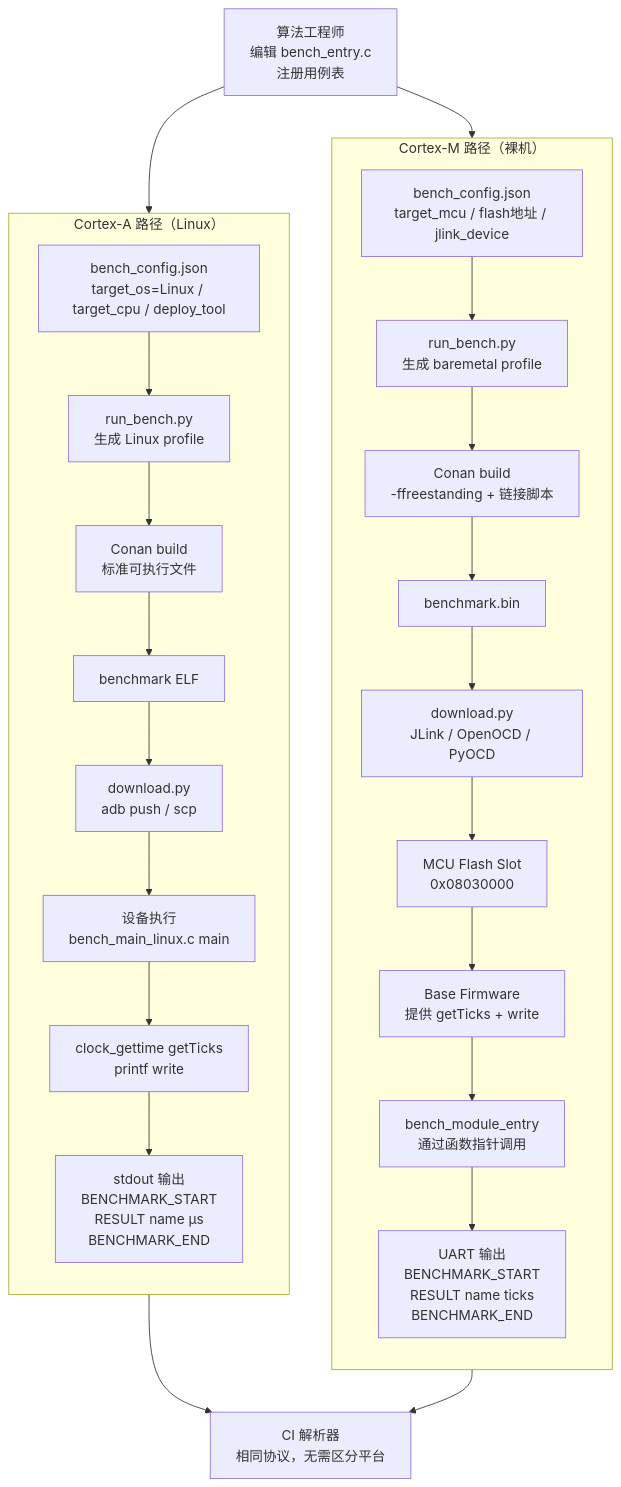
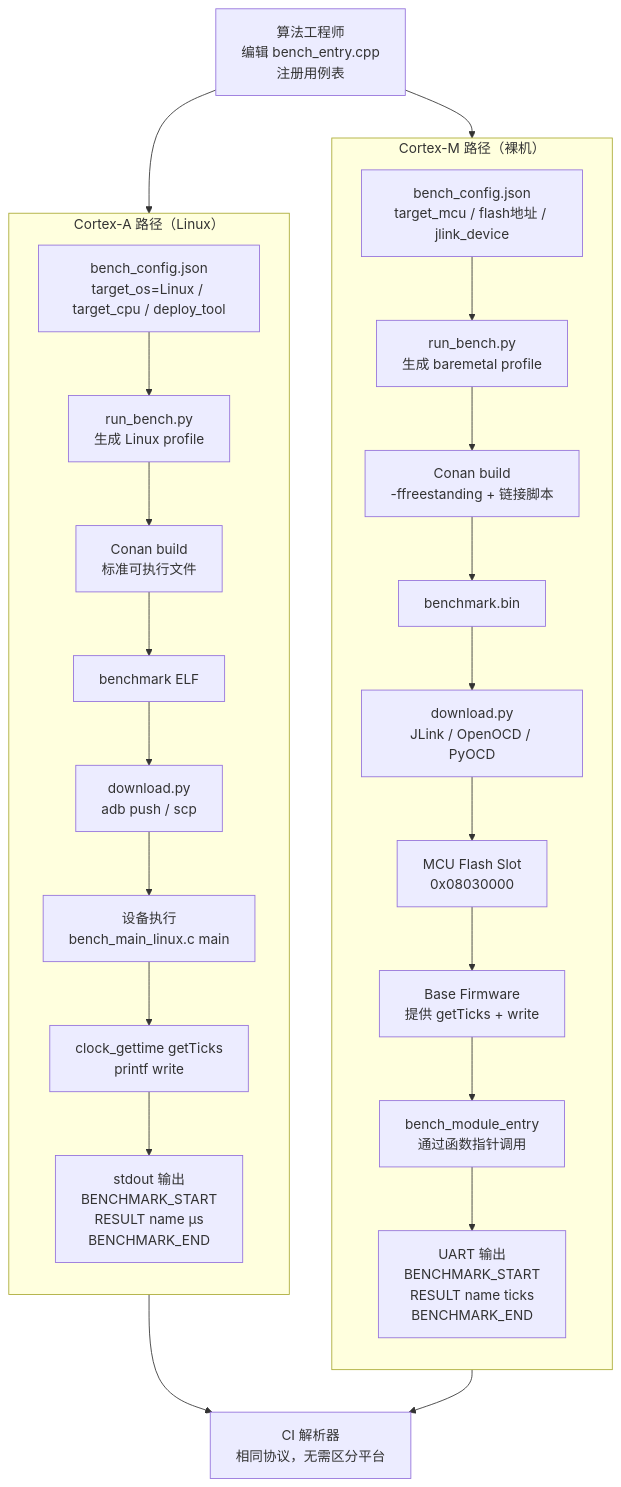
One commit to zc0718/foc changed the diagram in benchmark/README.md. Above: the diagram before and after it, drawn with Mermaid. The commit also changed other lines of this file and 1 other file, not shown here.

````diff
--- a/benchmark/README.md
+++ b/benchmark/README.md
@@ -509,31 +552,31 @@
 ```mermaid
 flowchart TD
-    E[算法工程师\n编辑 bench_entry.c\n注册用例表] --> CM
+    E[算法工程师\n编辑 bench_entry.cpp\n注册用例表] --> CM
     E --> LA
 
     subgraph CM["Cortex-M 路径（裸机）"]
         direction TB
         CM1[bench_config.json\ntarget_mcu / flash地址 / jlink_device] --> CM2
         CM2[run_bench.py\n生成 baremetal profile] --> CM3[Conan build\n-ffreestanding + 链接脚本]
         CM3 --> CM4[benchmark.bin]
         CM4 --> CM5[download.py\nJLink / OpenOCD / PyOCD]
         CM5 --> CM6[MCU Flash Slot\n0x08030000]
         CM6 --> CM7[Base Firmware\n提供 getTicks + write]
         CM7 --> CM8[bench_module_entry\n通过函数指针调用]
         CM8 --> OUT[UART 输出\nBENCHMARK_START\nRESULT name ticks\nBENCHMARK_END]
     end
 
     subgraph LA["Cortex-A 路径（Linux）"]
         direction TB
         LA1[bench_config.json\ntarget_os=Linux / target_cpu / deploy_tool] --> LA2
         LA2[run_bench.py\n生成 Linux profile] --> LA3[Conan build\n标准可执行文件]
         LA3 --> LA4[benchmark ELF]
         LA4 --> LA5[download.py\nadb push / scp]
         LA5 --> LA6[设备执行\nbench_main_linux.c main]
         LA6 --> LA7[clock_gettime getTicks\nprintf write]
         LA7 --> OUT2[stdout 输出\nBENCHMARK_START\nRESULT name µs\nBENCHMARK_END]
     end
 
     OUT  --> CI[CI 解析器\n相同协议，无需区分平台]
     OUT2 --> CI
 ```
````
